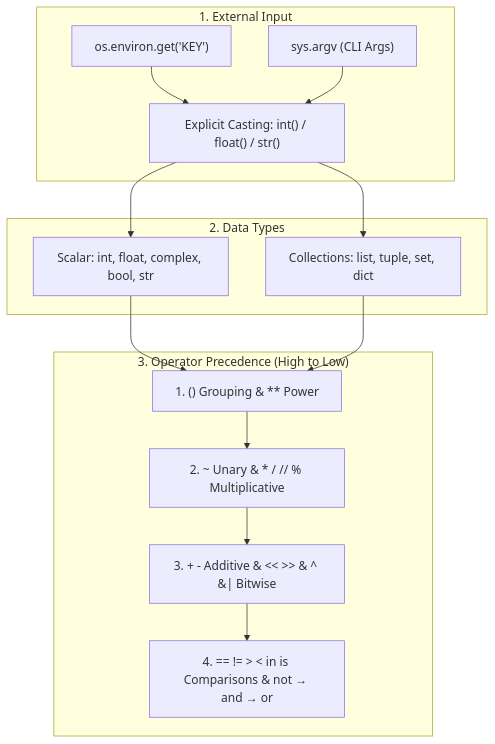
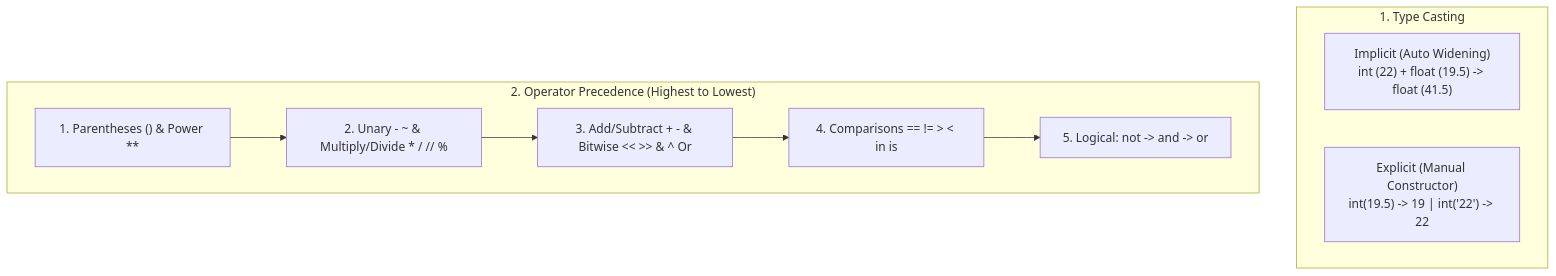
The diagram in Python/02. Variables, Types, Casting & Operators.md (Valay-2004/Notes), drawn with Mermaid before and after one commit. The commit also changed other lines of this file and 13 other files, not shown here.

````diff
--- a/Python/02. Variables, Types, Casting & Operators.md
+++ b/Python/02. Variables, Types, Casting & Operators.md
@@ -139,18 +126,13 @@
 ```mermaid
 flowchart TD
-    subgraph ENV["1. External Input"]
-        E1["os.environ.get('KEY')"] --> CAST["Explicit Casting: int() / float() / str()"]
-        E2["sys.argv (CLI Args)"] --> CAST
+    subgraph CAST["1. Type Casting"]
+        IMP["Implicit (Auto Widening)<br/>int (22) + float (19.5) -> float (41.5)"]
+        EXP["Explicit (Manual Constructor)<br/>int(19.5) -> 19 | int('22') -> 22"]
     end
-    subgraph TYPES["2. Data Types"]
-        CAST --> SCALAR["Scalar: int, float, complex, bool, str"]
-        CAST --> COLL["Collections: list, tuple, set, dict"]
-    end
-    subgraph OPS["3. Operator Precedence (High to Low)"]
-        SCALAR --> P1["1. () Grouping &amp; ** Power"]
-        COLL --> P1
-        P1 --> P2["2. ~ Unary &amp; * / // % Multiplicative"]
-        P2 --> P3["3. + - Additive &amp; &lt;&lt; &gt;&gt; &amp; ^ &#124; Bitwise"]
-        P3 --> P4["4. == != &gt; &lt; in is Comparisons &amp; not → and → or"]
+    subgraph PREC["2. Operator Precedence (Highest to Lowest)"]
+        P1["1. Parentheses () & Power **"] --> P2["2. Unary - ~ & Multiply/Divide * / // %"]
+        P2 --> P3["3. Add/Subtract + - & Bitwise << >> & ^ Or"]
+        P3 --> P4["4. Comparisons == != > < in is"]
+        P4 --> P5["5. Logical: not -> and -> or"]
     end
 ```
````
